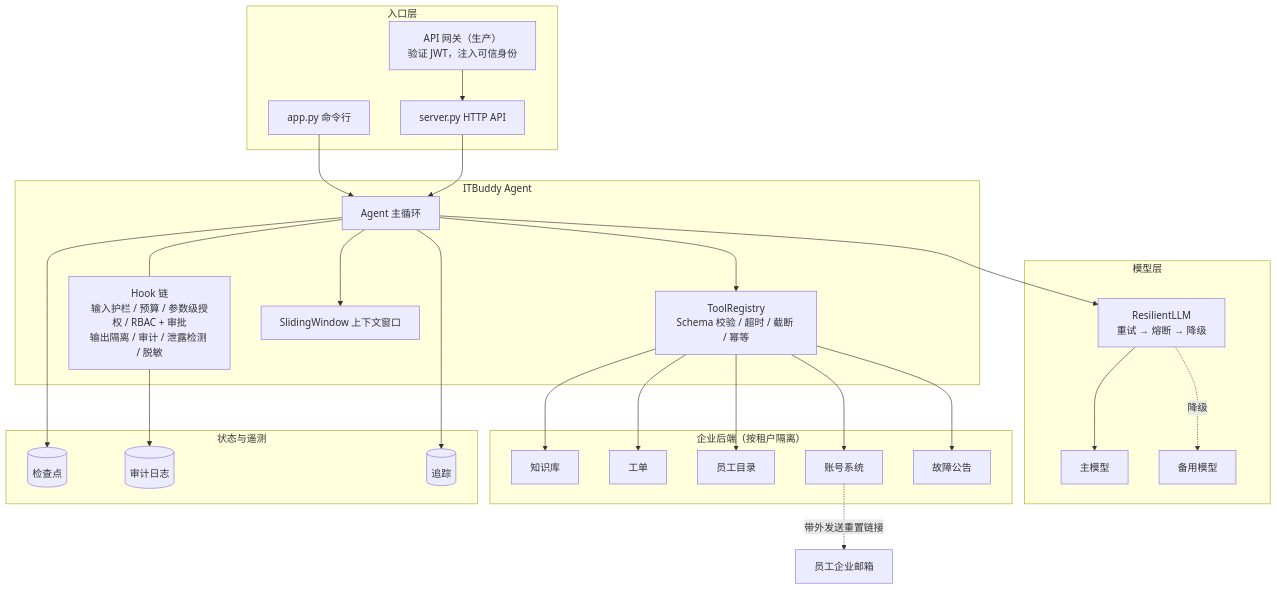
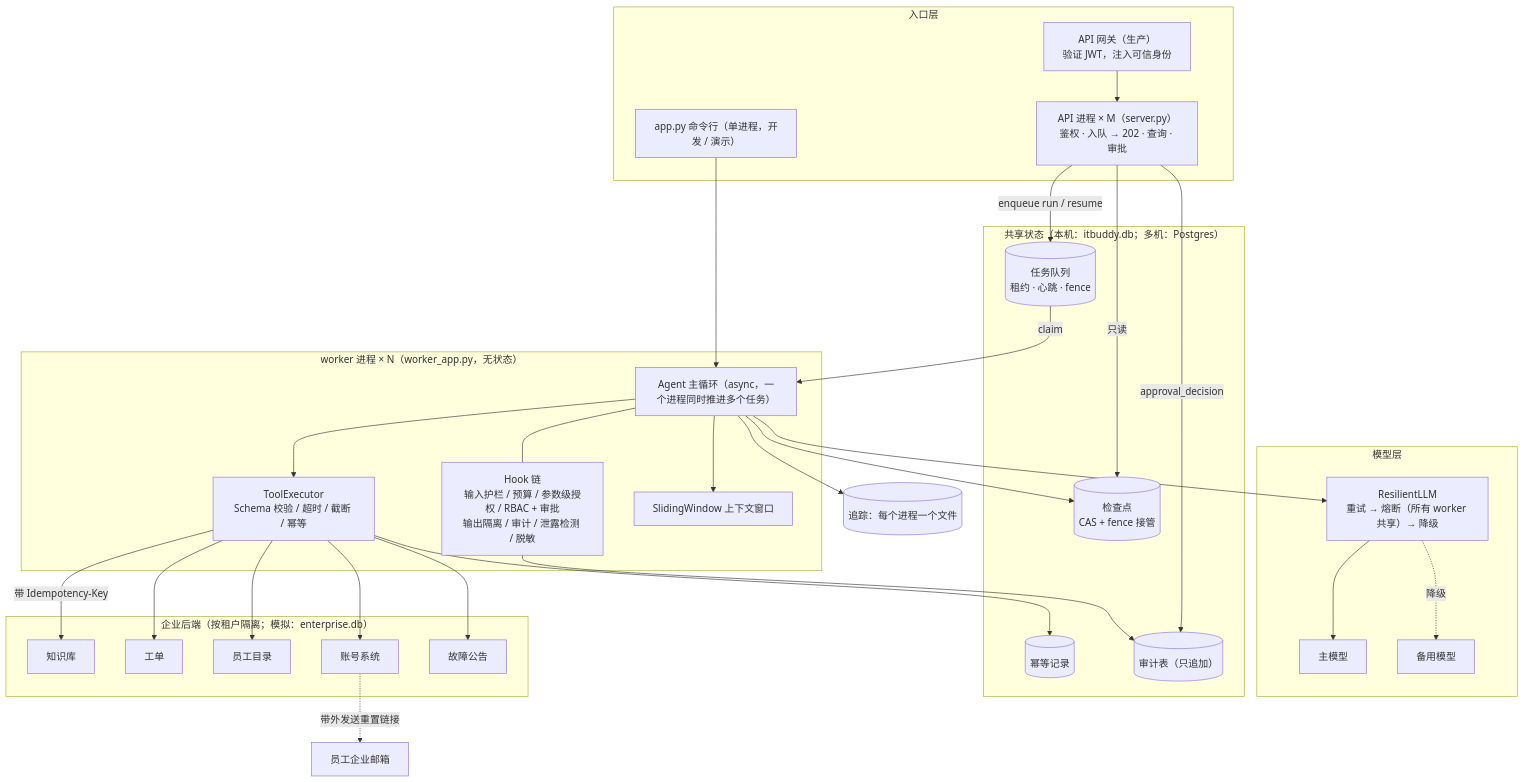
One commit to heaven999b/hello-agent-system changed the first of 2 diagrams in capstone/DESIGN.md. Above: the diagram before and after it, drawn with Mermaid. The commit also changed other lines of this file and 21 other files, not shown here.

First line of the commit message:
capstone: ITBuddy as API process + worker processes on SQLite

````diff
--- a/capstone/DESIGN.md
+++ b/capstone/DESIGN.md
@@ -147,49 +150,55 @@
 ```mermaid
 flowchart TB
     subgraph Entry["入口层"]
-        CLI["app.py 命令行"]
-        API["server.py HTTP API"]
+        CLI["app.py 命令行（单进程，开发 / 演示）"]
         GW["API 网关（生产）<br/>验证 JWT，注入可信身份"]
+        API["API 进程 × M（server.py）<br/>鉴权 · 入队 → 202 · 查询 · 审批"]
     end
-    subgraph Core["ITBuddy Agent"]
+    subgraph Workers["worker 进程 × N（worker_app.py，无状态）"]
         HOOKS["Hook 链<br/>输入护栏 / 预算 / 参数级授权 / RBAC + 审批<br/>输出隔离 / 审计 / 泄露检测 / 脱敏"]
-        LOOP["Agent 主循环"]
-        REG["ToolRegistry<br/>Schema 校验 / 超时 / 截断 / 幂等"]
+        LOOP["Agent 主循环（async，一个进程同时推进多个任务）"]
+        REG["ToolExecutor<br/>Schema 校验 / 超时 / 截断 / 幂等"]
         CTX["SlidingWindow 上下文窗口"]
     end
     subgraph Model["模型层"]
-        RL["ResilientLLM<br/>重试 → 熔断 → 降级"]
+        RL["ResilientLLM<br/>重试 → 熔断（所有 worker 共享）→ 降级"]
         P["主模型"]
         F["备用模型"]
     end
-    subgraph Data["企业后端（按租户隔离）"]
+    subgraph Store["共享状态（本机：itbuddy.db；多机：Postgres）"]
+        Q[("任务队列<br/>租约 · 心跳 · fence")]
+        CP[("检查点<br/>CAS + fence 接管")]
+        IDM[("幂等记录")]
+        AUD[("审计表（只追加）")]
+    end
+    subgraph Data["企业后端（按租户隔离；模拟：enterprise.db）"]
         KB["知识库"]
         TK["工单"]
         DIR["员工目录"]
         ACC["账号系统"]
         ST["故障公告"]
     end
-    subgraph Store["状态与遥测"]
-        CP[("检查点")]
-        AUD[("审计日志")]
-        TR[("追踪")]
-    end
+    TR[("追踪：每个进程一个文件")]
     GW --> API
+    API -->|"enqueue run / resume"| Q
+    API -->|"只读"| CP
+    API -->|"approval_decision"| AUD
+    Q -->|"claim"| LOOP
     CLI --> LOOP
-    API --> LOOP
     LOOP --- HOOKS
     LOOP --> CTX
     LOOP --> REG
     LOOP --> RL
     RL --> P
     RL -.->|"降级"| F
-    REG --> KB
+    REG --> IDM
+    REG -->|"带 Idempotency-Key"| KB
     REG --> TK
     REG --> DIR
     REG --> ACC
     REG --> ST
     LOOP --> CP
     HOOKS --> AUD
     LOOP --> TR
     ACC -.->|"带外发送重置链接"| MAIL["员工企业邮箱"]
 ```
````
